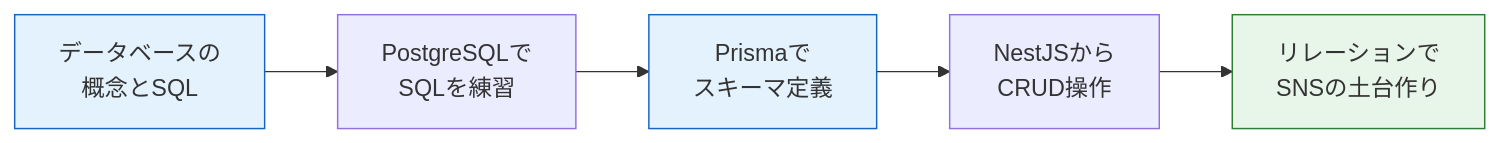
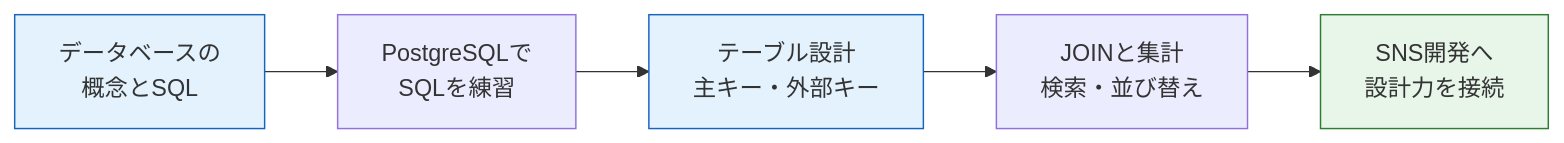
Before and after one commit to dik-ab/school-curriculum-platform: the diagram in cloudflare-site/src/content/docs/database/index.md, drawn with Mermaid. The commit also changed other lines of this file, not shown here.

````diff
--- a/cloudflare-site/src/content/docs/database/index.md
+++ b/cloudflare-site/src/content/docs/database/index.md
@@ -22,10 +24,10 @@
 ```mermaid
 flowchart LR
     A["データベースの<br>概念とSQL"] --> B["PostgreSQLで<br>SQLを練習"]
-    B --> C["Prismaで<br>スキーマ定義"]
-    C --> D["NestJSから<br>CRUD操作"]
-    D --> E["リレーションで<br>SNSの土台作り"]
+    B --> C["テーブル設計<br>主キー・外部キー"]
+    C --> D["JOINと集計<br>検索・並び替え"]
+    D --> E["SNS開発へ<br>設計力を接続"]
     style A fill:#e3f2fd,stroke:#1565c0
     style C fill:#e3f2fd,stroke:#1565c0
     style E fill:#e8f5e9,stroke:#2e7d32
 ```
````
